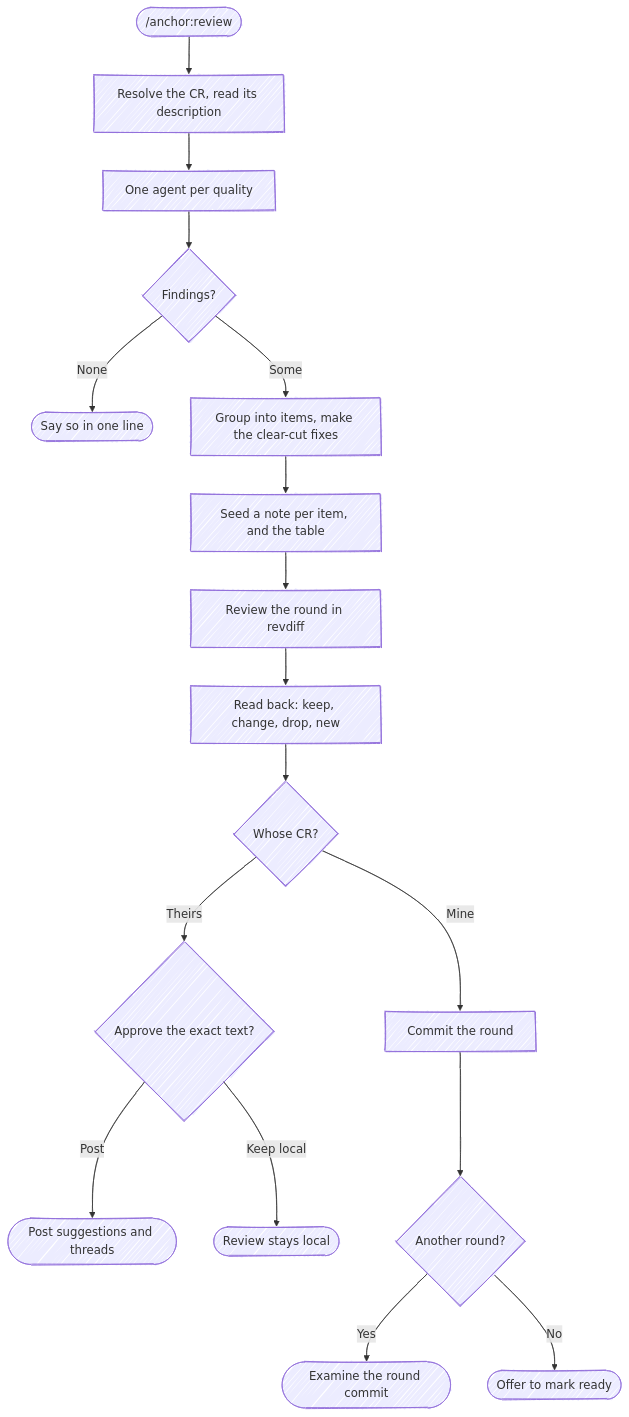
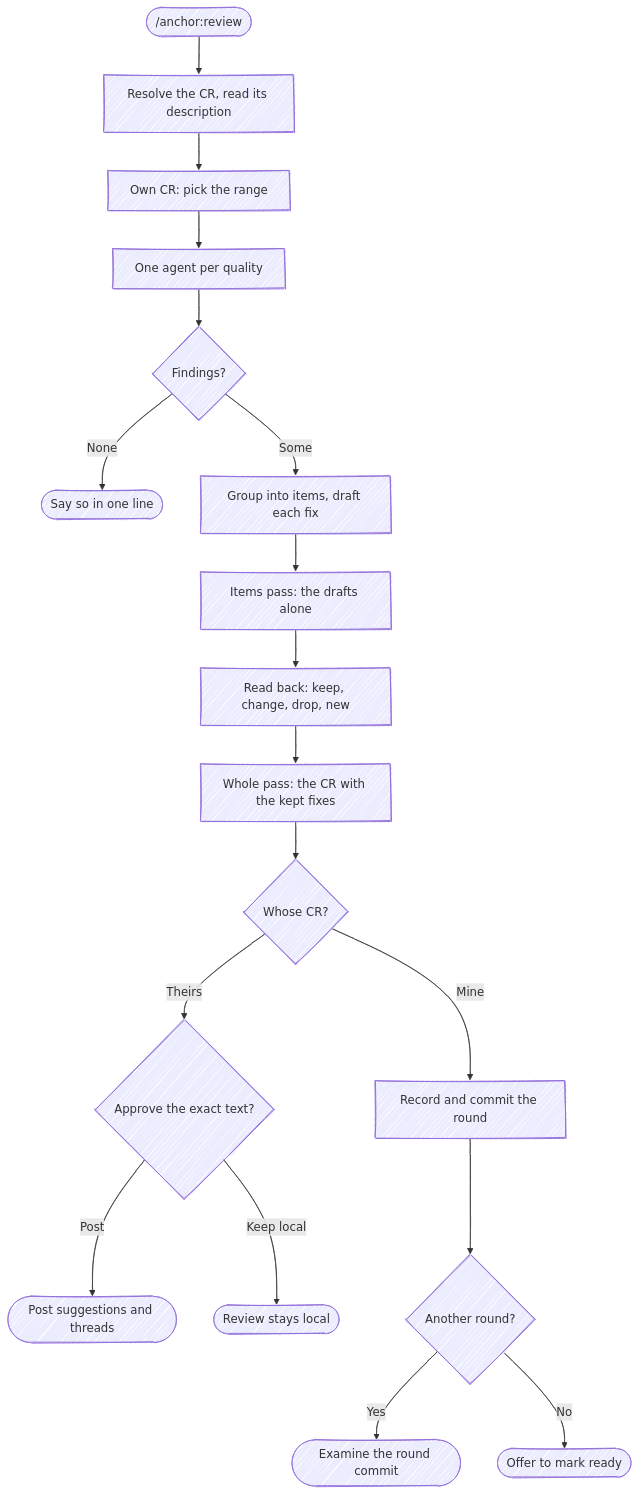
Before and after one commit to chris-peterson/anchor: the diagram in skills/review/SKILL.md, drawn with Mermaid. The commit also changed other lines of this file and 31 other files, not shown here.

````diff
--- a/skills/review/SKILL.md
+++ b/skills/review/SKILL.md
@@ -49,20 +55,21 @@
 ```mermaid
 %%{ init: { 'look': 'handDrawn' } }%%
 flowchart TD
     Start(["/anchor:review"]) --> Fetch["Resolve the CR, read its description"]
-    Fetch --> Examine["One agent per quality"]
+    Fetch --> Range["Own CR: pick the range"]
+    Range --> Examine["One agent per quality"]
     Examine --> Any{Findings?}
     Any -->|None| Empty([Say so in one line])
-    Any -->|Some| Triage["Group into items, make the clear-cut fixes"]
-    Triage --> Seed["Seed a note per item, and the table"]
-    Seed --> Revdiff["Review the round in revdiff"]
-    Revdiff --> Read["Read back: keep, change, drop, new"]
-    Read --> Who{Whose CR?}
+    Any -->|Some| Triage["Group into items, draft each fix"]
+    Triage --> Items["Items pass: the drafts alone"]
+    Items --> Read["Read back: keep, change, drop, new"]
+    Read --> Whole["Whole pass: the CR with the kept fixes"]
+    Whole --> Who{Whose CR?}
     Who -->|Theirs| Gate{Approve the exact text?}
     Gate -->|Post| Post([Post suggestions and threads])
     Gate -->|Keep local| Local([Review stays local])
-    Who -->|Mine| Commit["Commit the round"]
+    Who -->|Mine| Commit["Record and commit the round"]
     Commit --> Again{Another round?}
     Again -->|Yes| Next([Examine the round commit])
     Again -->|No| Handoff([Offer to mark ready])
 ```
````
